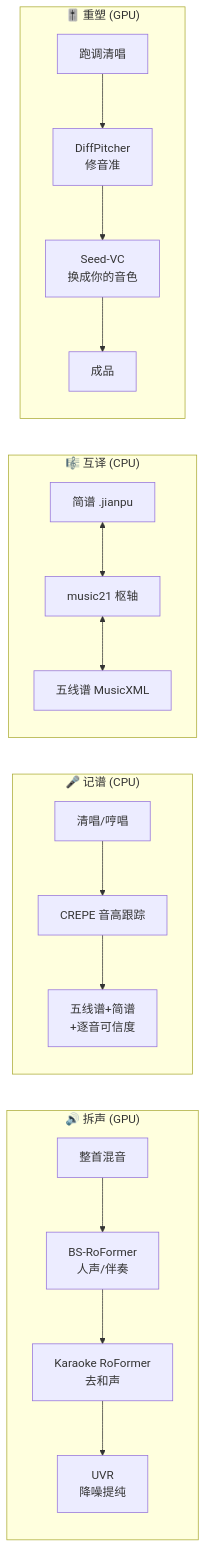
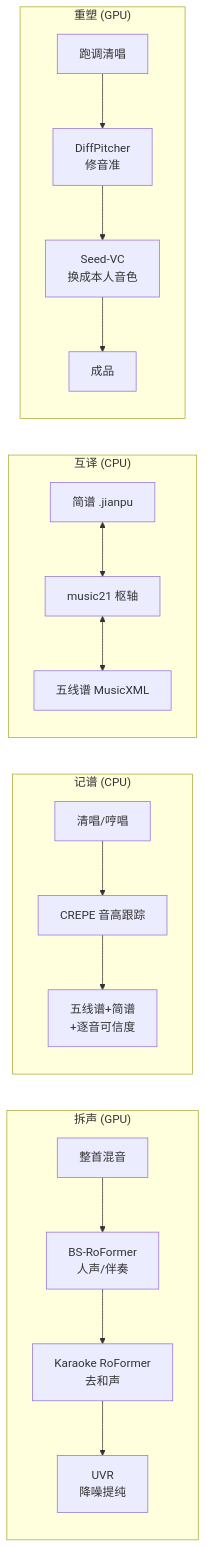
The first of 2 diagrams in README.md (Cohenjikan/MusicMaster), drawn with Mermaid before and after one commit. The commit also changed other lines of this file and 1 other file, not shown here.

````diff
--- a/README.md
+++ b/README.md
@@ -209,15 +209,15 @@
 ```mermaid
 flowchart LR
-  subgraph 拆声["🔊 拆声 (GPU)"]
+  subgraph 拆声["拆声 (GPU)"]
     A1[整首混音] --> A2[BS-RoFormer<br/>人声/伴奏] --> A3[Karaoke RoFormer<br/>去和声] --> A4[UVR<br/>降噪提纯]
   end
-  subgraph 记谱["🎤 记谱 (CPU)"]
+  subgraph 记谱["记谱 (CPU)"]
     B1[清唱/哼唱] --> B2[CREPE 音高跟踪] --> B3[五线谱+简谱<br/>+逐音可信度]
   end
-  subgraph 互译["🎼 互译 (CPU)"]
+  subgraph 互译["互译 (CPU)"]
     C1[简谱 .jianpu] <--> C2[music21 枢轴] <--> C3[五线谱 MusicXML]
   end
-  subgraph 重塑["🎚️ 重塑 (GPU)"]
-    D1[跑调清唱] --> D2[DiffPitcher<br/>修音准] --> D3[Seed-VC<br/>换成你的音色] --> D4[成品]
+  subgraph 重塑["重塑 (GPU)"]
+    D1[跑调清唱] --> D2[DiffPitcher<br/>修音准] --> D3[Seed-VC<br/>换成本人音色] --> D4[成品]
   end
 ```
````
